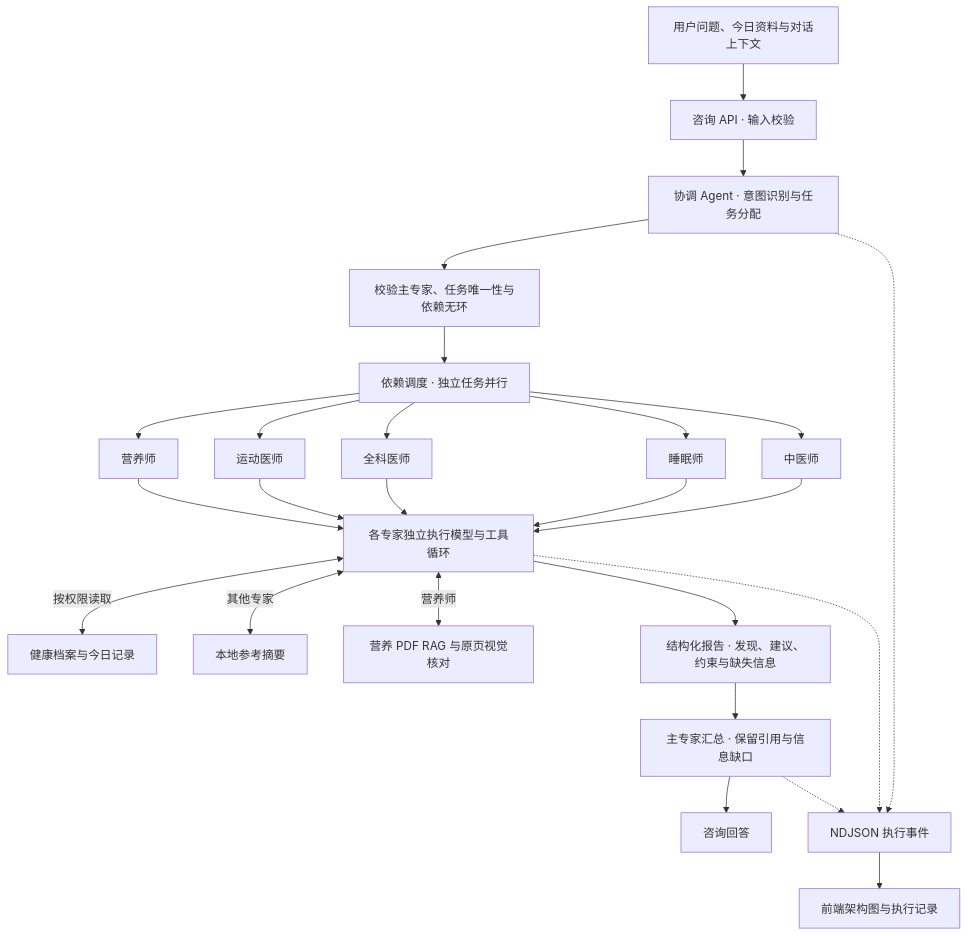
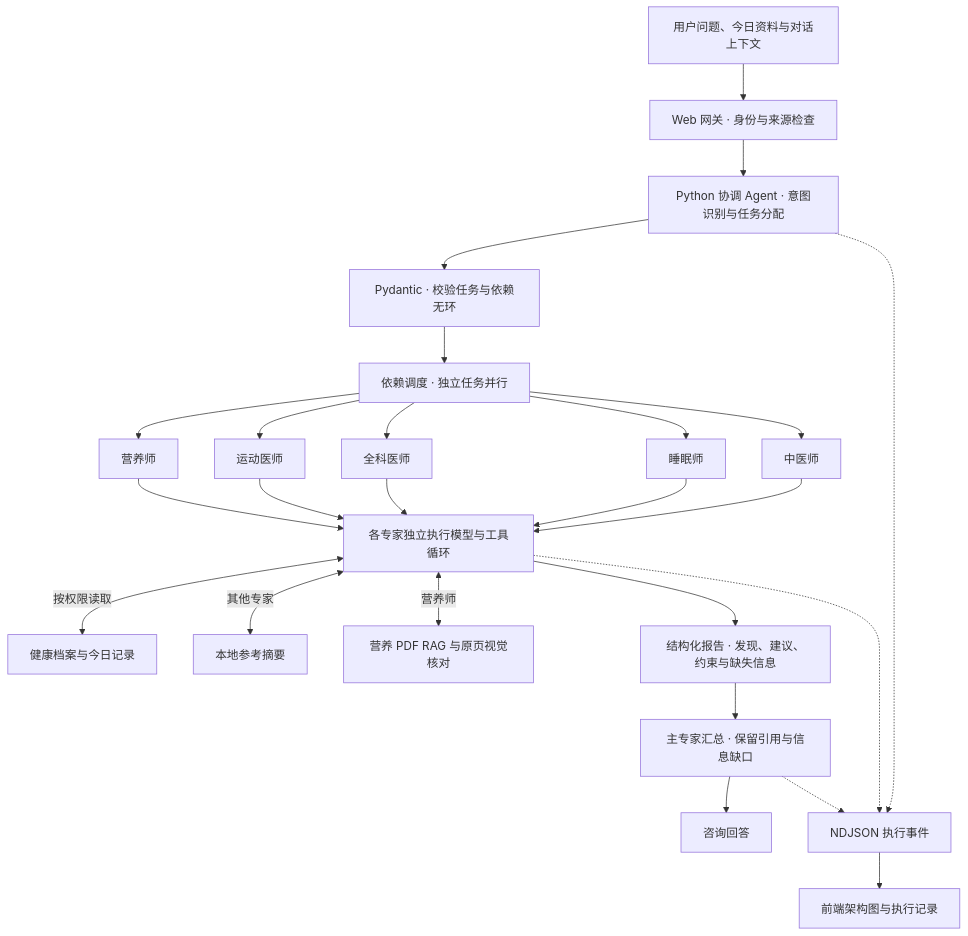
The first of 2 diagrams in README.md (jeremy-nbd/wellnest), drawn with Mermaid before and after one commit. The commit also changed other lines of this file and 38 other files, not shown here.

Commit message:
refactor: migrate agent orchestration and nutrition RAG to Python

````diff
--- a/README.md
+++ b/README.md
@@ -41,27 +41,27 @@
 ```mermaid
 flowchart TD
-    userInput["用户问题、今日资料与对话上下文"] --> api["咨询 API · 输入校验"]
-    api --> coordinator["协调 Agent · 意图识别与任务分配"]
-    coordinator --> validation["校验主专家、任务唯一性与依赖无环"]
+    userInput["用户问题、今日资料与对话上下文"] --> api["Web 网关 · 身份与来源检查"]
+    api --> coordinator["Python 协调 Agent · 意图识别与任务分配"]
+    coordinator --> validation["Pydantic · 校验任务与依赖无环"]
     validation --> scheduler["依赖调度 · 独立任务并行"]
     scheduler --> nutrition["营养师"]
     scheduler --> sports["运动医师"]
     scheduler --> general["全科医师"]
     scheduler --> sleep["睡眠师"]
     scheduler --> tcm["中医师"]
     nutrition --> expertLoop["各专家独立执行模型与工具循环"]
     sports --> expertLoop
     general --> expertLoop
     sleep --> expertLoop
     tcm --> expertLoop
     expertLoop <-->|"按权限读取"| records["健康档案与今日记录"]
     expertLoop <-->|"其他专家"| references["本地参考摘要"]
     expertLoop <-->|"营养师"| rag["营养 PDF RAG 与原页视觉核对"]
     expertLoop --> reports["结构化报告 · 发现、建议、约束与缺失信息"]
     reports --> synthesis["主专家汇总 · 保留引用与信息缺口"]
     synthesis --> answer["咨询回答"]
     coordinator -.-> events["NDJSON 执行事件"]
     expertLoop -.-> events
     synthesis -.-> events
     events --> workflow["前端架构图与执行记录"]
 ```
````
